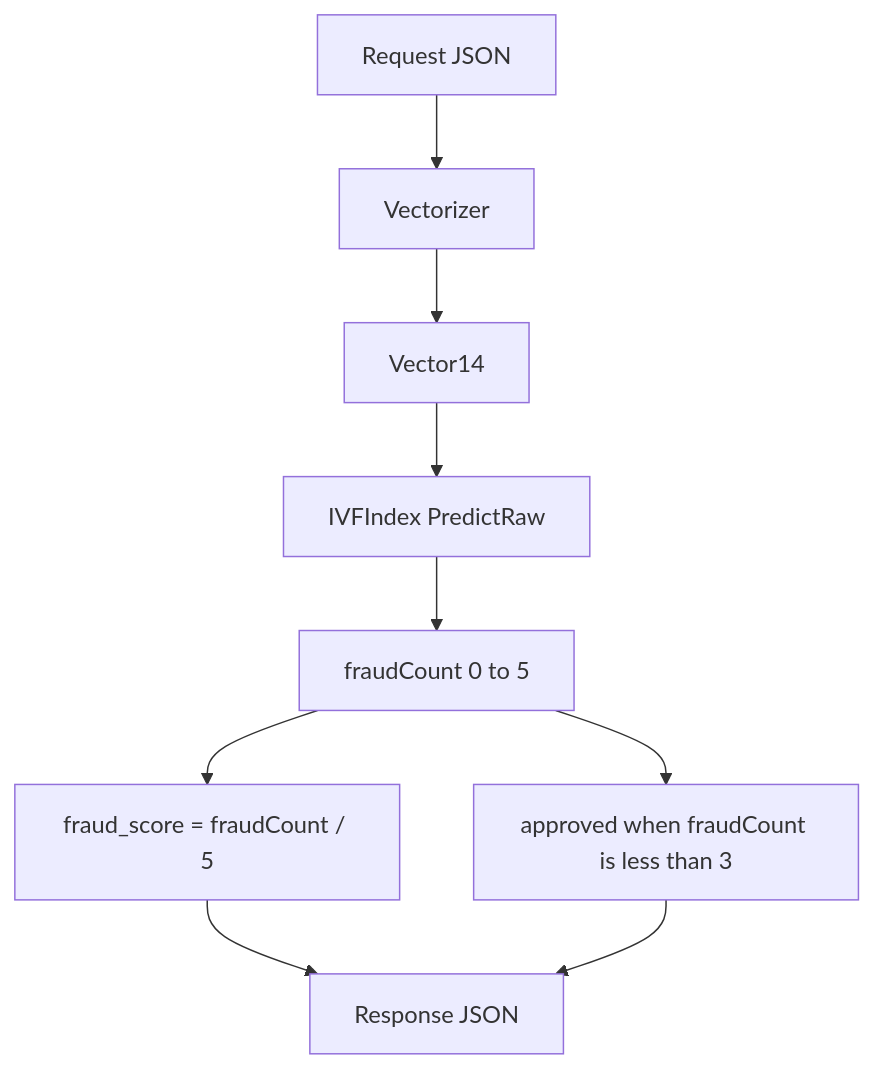
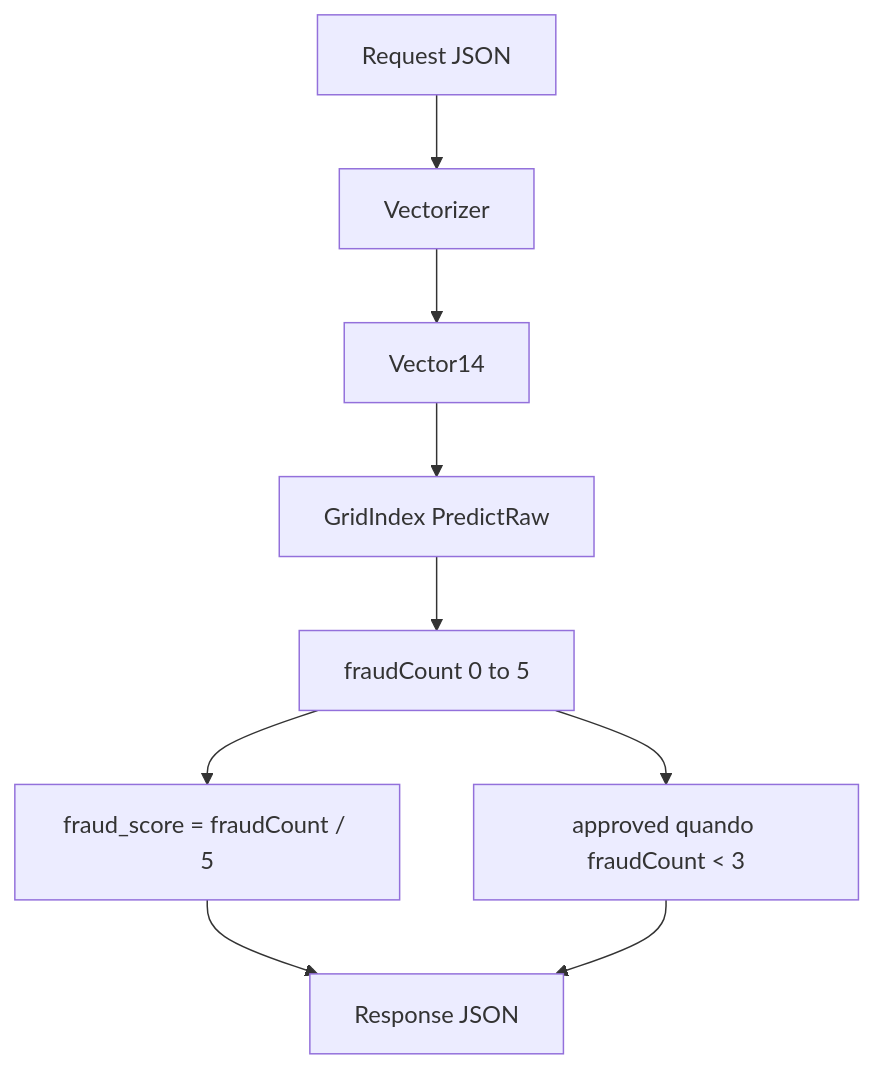
One commit to fabianoflorentino/fraudctl changed the first of 2 diagrams in docs/DETECTION_RULES.md. Above: the diagram before and after it, drawn with Mermaid. The commit also changed other lines of this file and 5 other files, not shown here.

````diff
--- a/docs/DETECTION_RULES.md
+++ b/docs/DETECTION_RULES.md
@@ -16,11 +16,11 @@
 ```mermaid
 flowchart TD
     R[Request JSON] --> V[Vectorizer]
     V --> Q[Vector14]
-    Q --> K[IVFIndex PredictRaw]
+    Q --> K[GridIndex PredictRaw]
     K --> F[fraudCount 0 to 5]
     F --> S[fraud_score = fraudCount / 5]
-    F --> A[approved when fraudCount is less than 3]
+    F --> A[approved quando fraudCount < 3]
     S --> O[Response JSON]
     A --> O
 ```
````
